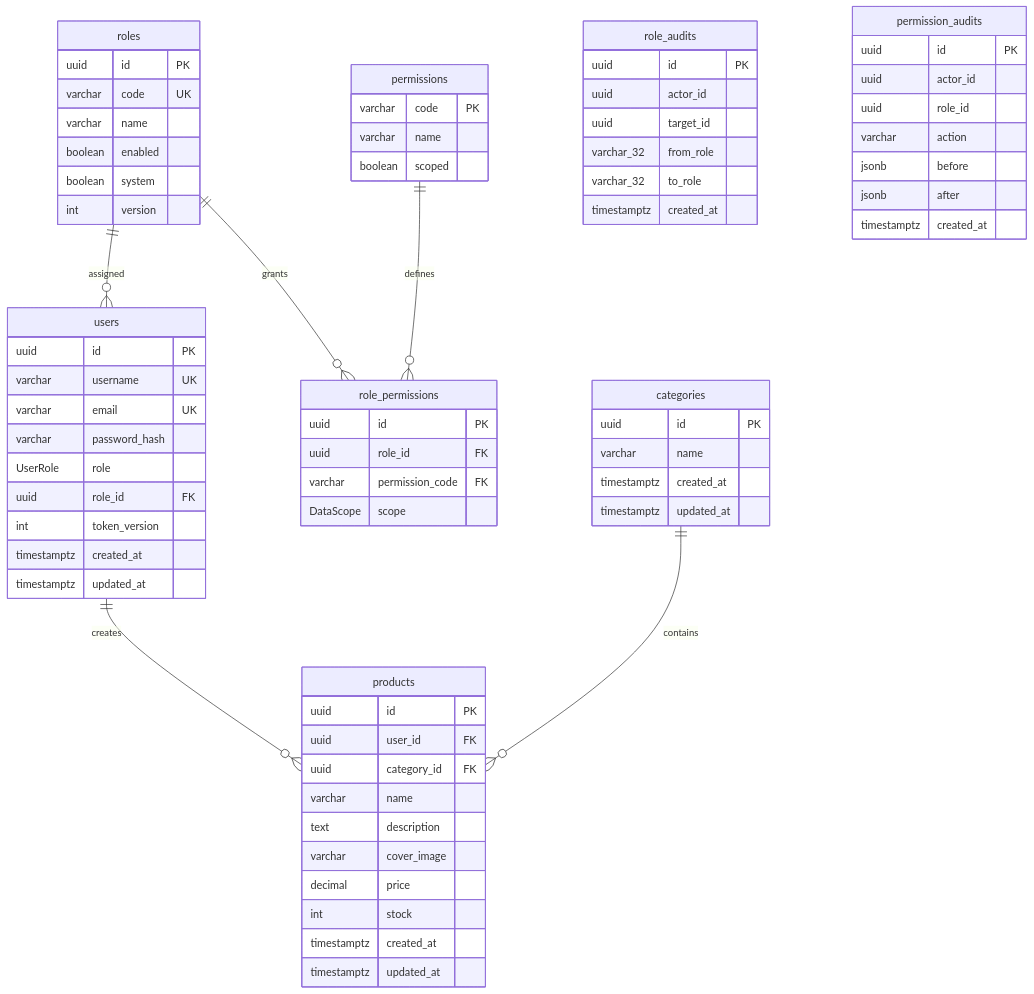
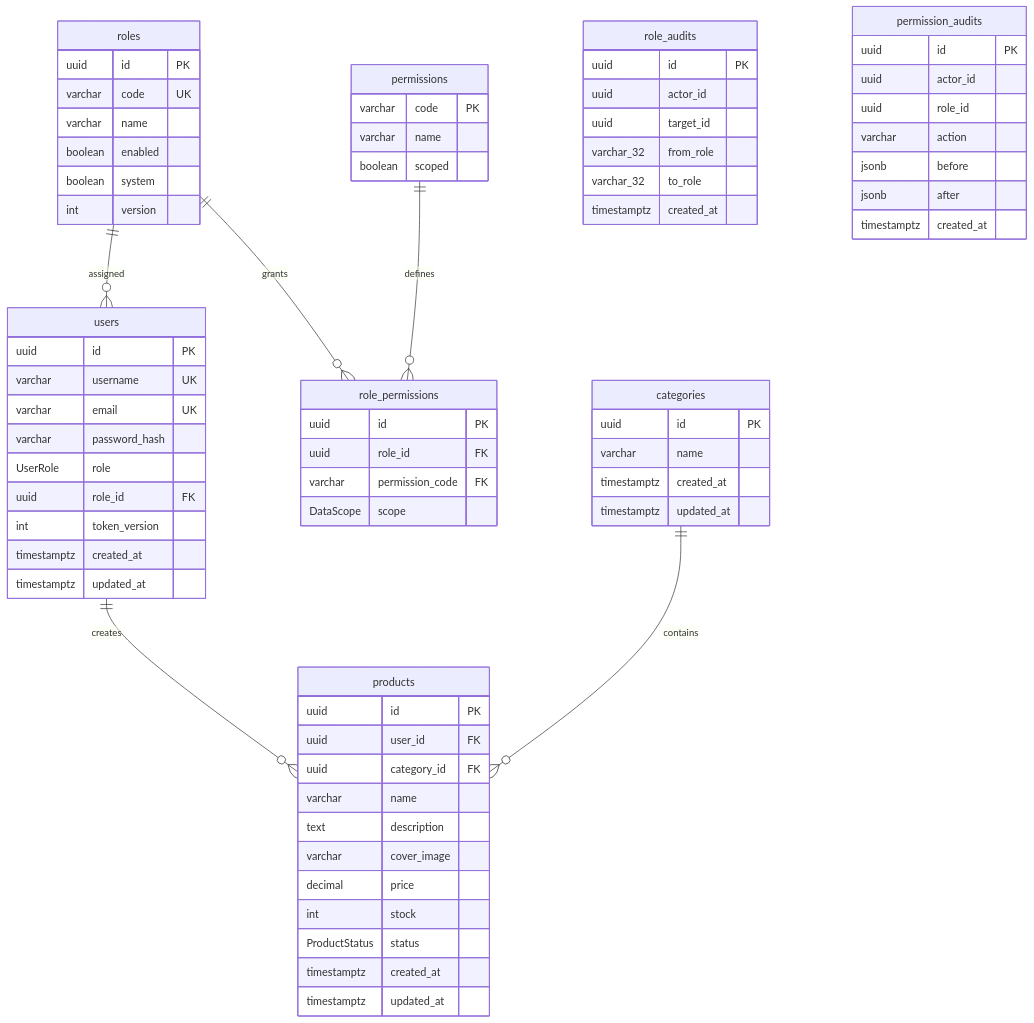
The second of 4 diagrams in docs/database.md (py678/ecommerce-product-system), drawn with Mermaid before and after one commit. The commit also changed other lines of this file and 28 other files, not shown here.

````diff
--- a/docs/database.md
+++ b/docs/database.md
@@ -31,73 +35,74 @@
 ```mermaid
 erDiagram
   roles ||--o{ users : assigned
   roles ||--o{ role_permissions : grants
   permissions ||--o{ role_permissions : defines
   users ||--o{ products : creates
   categories ||--o{ products : contains
   users {
     uuid id PK
     varchar username UK
     varchar email UK
     varchar password_hash
     UserRole role
     uuid role_id FK
     int token_version
     timestamptz created_at
     timestamptz updated_at
   }
   role_audits {
     uuid id PK
     uuid actor_id
     uuid target_id
     varchar_32 from_role
     varchar_32 to_role
     timestamptz created_at
   }
   roles {
     uuid id PK
     varchar code UK
     varchar name
     boolean enabled
     boolean system
     int version
   }
   permissions {
     varchar code PK
     varchar name
     boolean scoped
   }
   role_permissions {
     uuid id PK
     uuid role_id FK
     varchar permission_code FK
     DataScope scope
   }
   permission_audits {
     uuid id PK
     uuid actor_id
     uuid role_id
     varchar action
     jsonb before
     jsonb after
     timestamptz created_at
   }
   categories {
     uuid id PK
     varchar name
     timestamptz created_at
     timestamptz updated_at
   }
   products {
     uuid id PK
     uuid user_id FK
     uuid category_id FK
     varchar name
     text description
     varchar cover_image
     decimal price
     int stock
+    ProductStatus status
     timestamptz created_at
     timestamptz updated_at
   }
 ```
````
